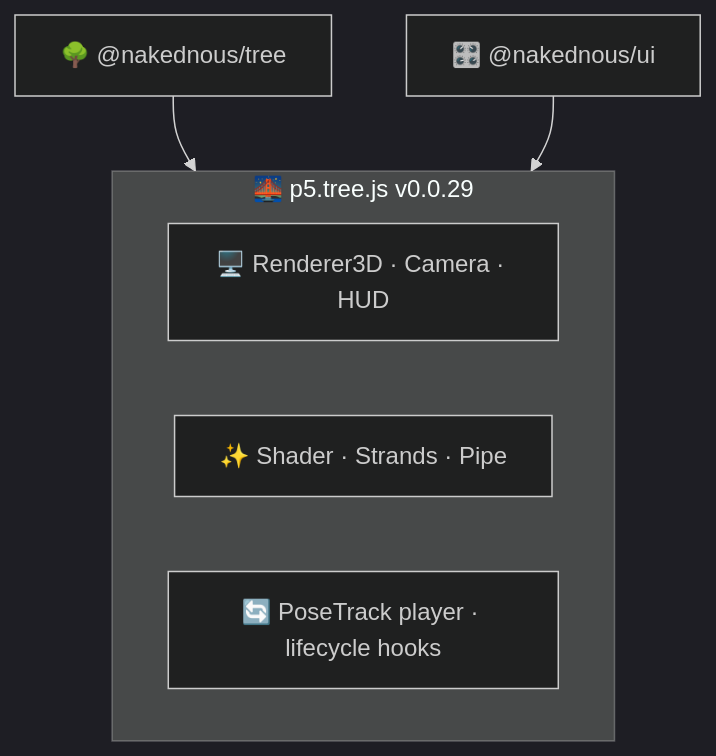
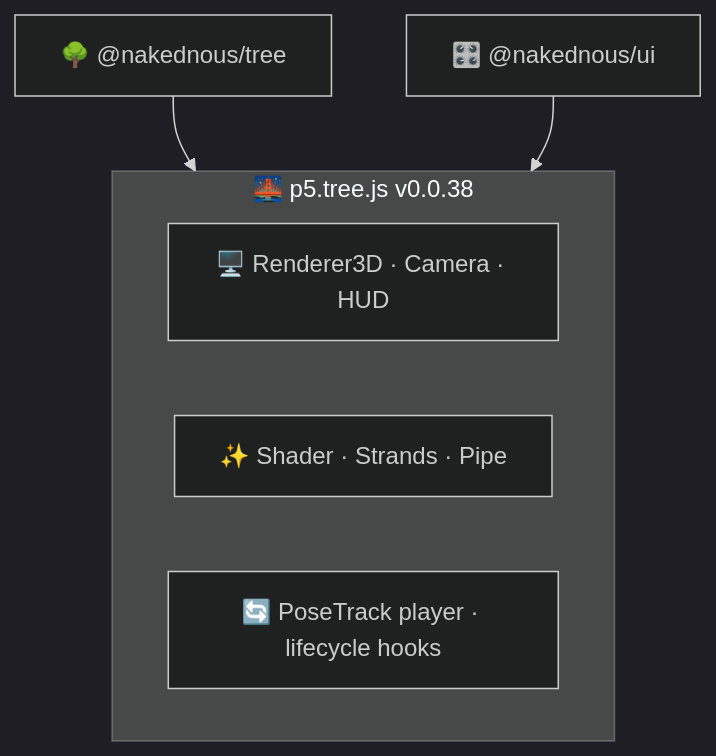
One commit to ABJ-d/tree changed the third of 8 diagrams in slides.md. Above: the diagram before and after it, drawn with Mermaid (dark theme). The commit also changed other lines of this file and 221 other files, not shown here.

````diff
--- a/slides.md
+++ b/slides.md
@@ -97,14 +97,14 @@
 ```mermaid
 flowchart TB
   T["🌳 @nakednous/tree"]
   U["🎛️ @nakednous/ui"]
 
-  subgraph P["🌉 p5.tree.js v0.0.29"]
+  subgraph P["🌉 p5.tree.js v0.0.38"]
     p1["🖥️ Renderer3D · Camera · HUD"]
     p2["✨ Shader · Strands · Pipe"]
     p3["🔄 PoseTrack player · lifecycle hooks"]
   end
 
   T --> P
   U --> P
 ```
````
